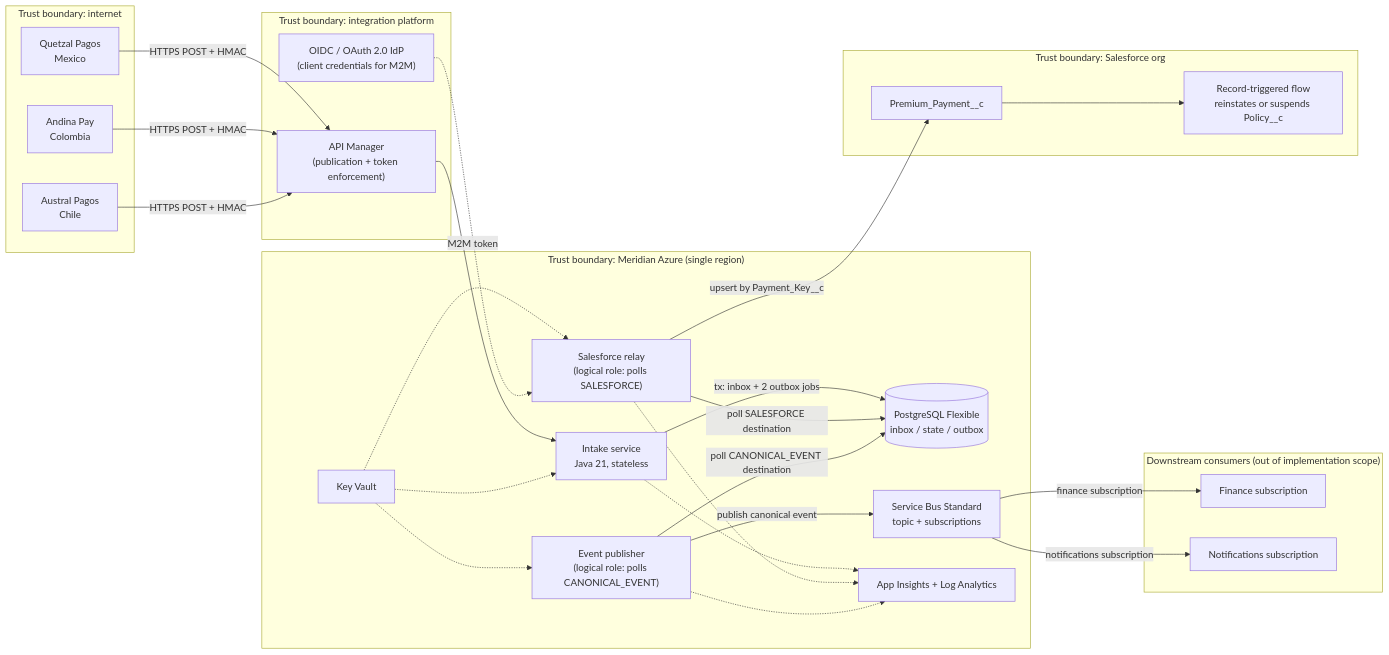
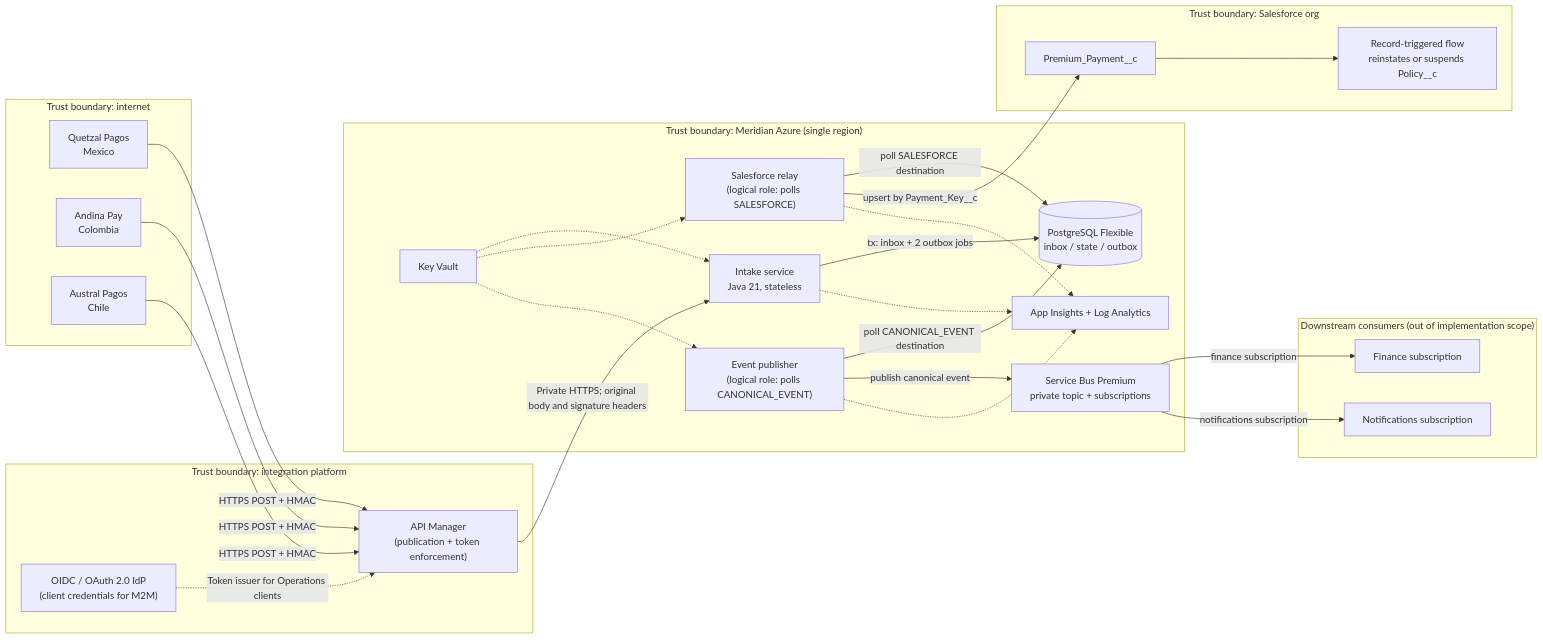
The first of 2 diagrams in docs/design/SOLUTION_DESIGN.md (FabianVCha/backend-assessment-solution), drawn with Mermaid before and after one commit. The commit also changed other lines of this file and 3 other files, not shown here.

````diff
--- a/docs/design/SOLUTION_DESIGN.md
+++ b/docs/design/SOLUTION_DESIGN.md
@@ -28,53 +34,53 @@
 ```mermaid
 flowchart LR
   subgraph INTERNET["Trust boundary: internet"]
     QZ["Quetzal Pagos<br/>Mexico"]
     AN["Andina Pay<br/>Colombia"]
     AU["Austral Pagos<br/>Chile"]
   end
 
   subgraph APIM["Trust boundary: integration platform"]
     APIMGR["API Manager<br/>(publication + token enforcement)"]
     IDP["OIDC / OAuth 2.0 IdP<br/>(client credentials for M2M)"]
   end
 
   subgraph AZ["Trust boundary: Meridian Azure (single region)"]
     INTAKE["Intake service<br/>Java 21, stateless"]
     DB[("PostgreSQL Flexible<br/>inbox / state / outbox")]
     RELAY["Salesforce relay<br/>(logical role: polls SALESFORCE)"]
     PUB["Event publisher<br/>(logical role: polls CANONICAL_EVENT)"]
-    TOPIC["Service Bus Standard<br/>topic + subscriptions"]
+    TOPIC["Service Bus Premium<br/>private topic + subscriptions"]
     KV["Key Vault"]
     OBS["App Insights + Log Analytics"]
   end
 
   subgraph DOWN["Downstream consumers (out of implementation scope)"]
     FIN["Finance subscription"]
     NOTIF["Notifications subscription"]
   end
 
   subgraph SF["Trust boundary: Salesforce org"]
     PP["Premium_Payment__c"]
     AUTO["Record-triggered flow<br/>reinstates or suspends Policy__c"]
   end
 
   QZ -->|HTTPS POST + HMAC| APIMGR
   AN -->|HTTPS POST + HMAC| APIMGR
   AU -->|HTTPS POST + HMAC| APIMGR
-  APIMGR --> INTAKE
+  APIMGR -->|Private HTTPS; original body and signature headers| INTAKE
   INTAKE -->|"tx: inbox + 2 outbox jobs"| DB
   RELAY -->|"poll SALESFORCE destination"| DB
   PUB -->|"poll CANONICAL_EVENT destination"| DB
   RELAY -->|upsert by Payment_Key__c| PP
   PUB -->|"publish canonical event"| TOPIC
   TOPIC -->|"finance subscription"| FIN
   TOPIC -->|"notifications subscription"| NOTIF
   PP --> AUTO
   KV -.-> INTAKE
   KV -.-> RELAY
   KV -.-> PUB
-  IDP -.->|M2M token| RELAY
+  IDP -.->|Token issuer for Operations clients| APIMGR
   INTAKE -.-> OBS
   RELAY -.-> OBS
   PUB -.-> OBS
 ```
````
